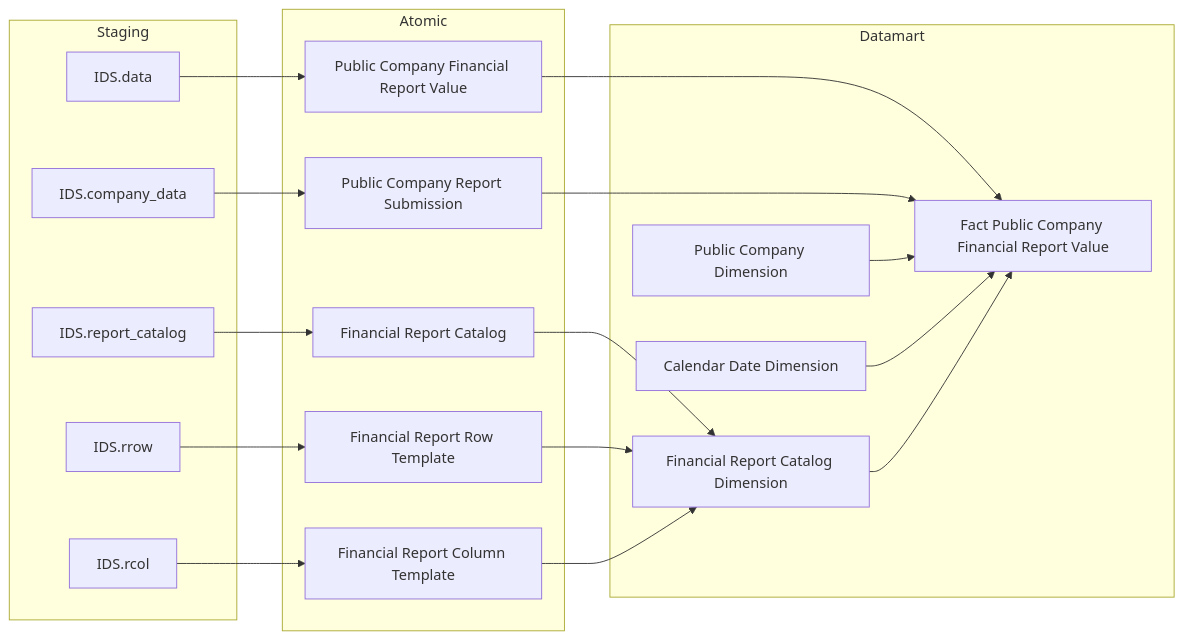
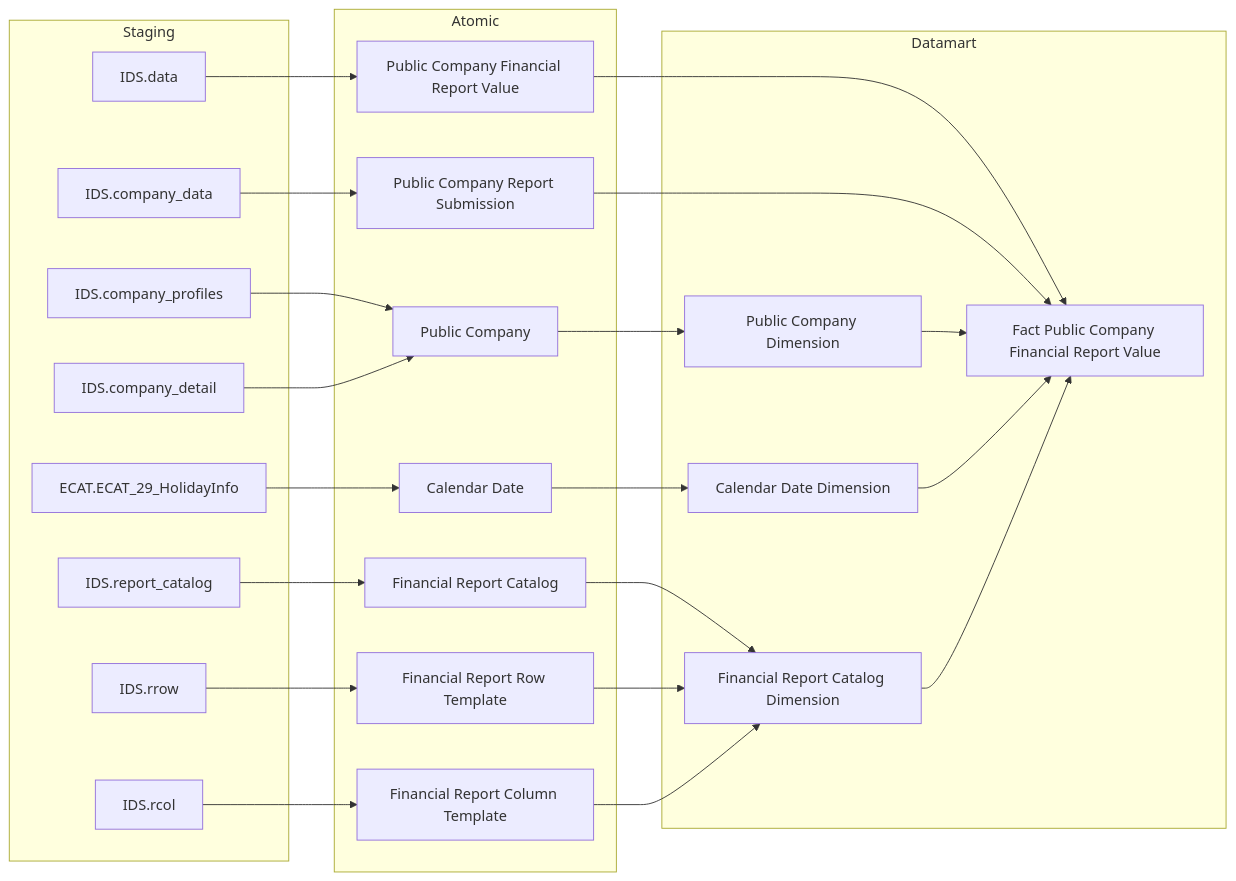
The third of 14 diagrams in Datamart/hld/DTM_GSDC_HLD.md (linhlvit/ubck_atomic_design), drawn with Mermaid before and after one commit. The commit also changed other lines of this file and 12 other files, not shown here.

````diff
--- a/Datamart/hld/DTM_GSDC_HLD.md
+++ b/Datamart/hld/DTM_GSDC_HLD.md
@@ -79,36 +80,46 @@
 ```mermaid
 flowchart LR
     subgraph SRC["Staging"]
-        S3b[IDS.company_data]
-        S4b[IDS.data]
-        S5b[IDS.report_catalog]
-        S6b[IDS.rrow]
-        S7b[IDS.rcol]
+        IDS_company_profiles_b["IDS.company_profiles"]
+        IDS_company_detail_b["IDS.company_detail"]
+        IDS_company_data_b["IDS.company_data"]
+        IDS_data_b["IDS.data"]
+        IDS_report_catalog_b["IDS.report_catalog"]
+        IDS_rrow_b["IDS.rrow"]
+        IDS_rcol_b["IDS.rcol"]
+        ECAT_ECAT_29_HolidayInfo_b["ECAT.ECAT_29_HolidayInfo"]
     end
     subgraph SIL["Atomic"]
-        A2b[Public Company Report Submission]
-        A3b[Public Company Financial Report Value]
-        A4b[Financial Report Catalog]
-        A5b[Financial Report Row Template]
-        A6b[Financial Report Column Template]
+        Public_Company_b["Public Company"]
+        Public_Company_Report_Submission_b["Public Company Report Submission"]
+        Public_Company_Financial_Report_Value_b["Public Company Financial Report Value"]
+        Financial_Report_Catalog_b["Financial Report Catalog"]
+        Financial_Report_Row_Template_b["Financial Report Row Template"]
+        Financial_Report_Column_Template_b["Financial Report Column Template"]
+        Calendar_Date_b["Calendar Date"]
     end
     subgraph GOLD["Datamart"]
-        D10[Fact Public Company Financial Report Value]
-        D9[Financial Report Catalog Dimension]
-        D1b[Public Company Dimension]
-        D8b[Calendar Date Dimension]
+        fct_pblc_co_fnc_rpt_val["Fact Public Company Financial Report Value"]
+        fnc_rpt_ctlg_dim["Financial Report Catalog Dimension"]
+        pblc_co_dim_b["Public Company Dimension"]
+        cdr_dt_dim_b["Calendar Date Dimension"]
     end
-    S3b --> A2b
-    S4b --> A3b
-    S5b --> A4b
-    S6b --> A5b
-    S7b --> A6b
-    A3b --> D10
-    A2b --> D10
-    A4b --> D9
-    A5b --> D9
-    A6b --> D9
-    D1b --> D10
-    D8b --> D10
-    D9 --> D10
+    IDS_company_profiles_b --> Public_Company_b
+    IDS_company_detail_b --> Public_Company_b
+    IDS_company_data_b --> Public_Company_Report_Submission_b
+    IDS_data_b --> Public_Company_Financial_Report_Value_b
+    IDS_report_catalog_b --> Financial_Report_Catalog_b
+    IDS_rrow_b --> Financial_Report_Row_Template_b
+    IDS_rcol_b --> Financial_Report_Column_Template_b
+    ECAT_ECAT_29_HolidayInfo_b --> Calendar_Date_b
+    Public_Company_b --> pblc_co_dim_b
+    Public_Company_Financial_Report_Value_b --> fct_pblc_co_fnc_rpt_val
+    Public_Company_Report_Submission_b --> fct_pblc_co_fnc_rpt_val
+    Financial_Report_Catalog_b --> fnc_rpt_ctlg_dim
+    Financial_Report_Row_Template_b --> fnc_rpt_ctlg_dim
+    Financial_Report_Column_Template_b --> fnc_rpt_ctlg_dim
+    Calendar_Date_b --> cdr_dt_dim_b
+    pblc_co_dim_b --> fct_pblc_co_fnc_rpt_val
+    cdr_dt_dim_b --> fct_pblc_co_fnc_rpt_val
+    fnc_rpt_ctlg_dim --> fct_pblc_co_fnc_rpt_val
 ```
````
